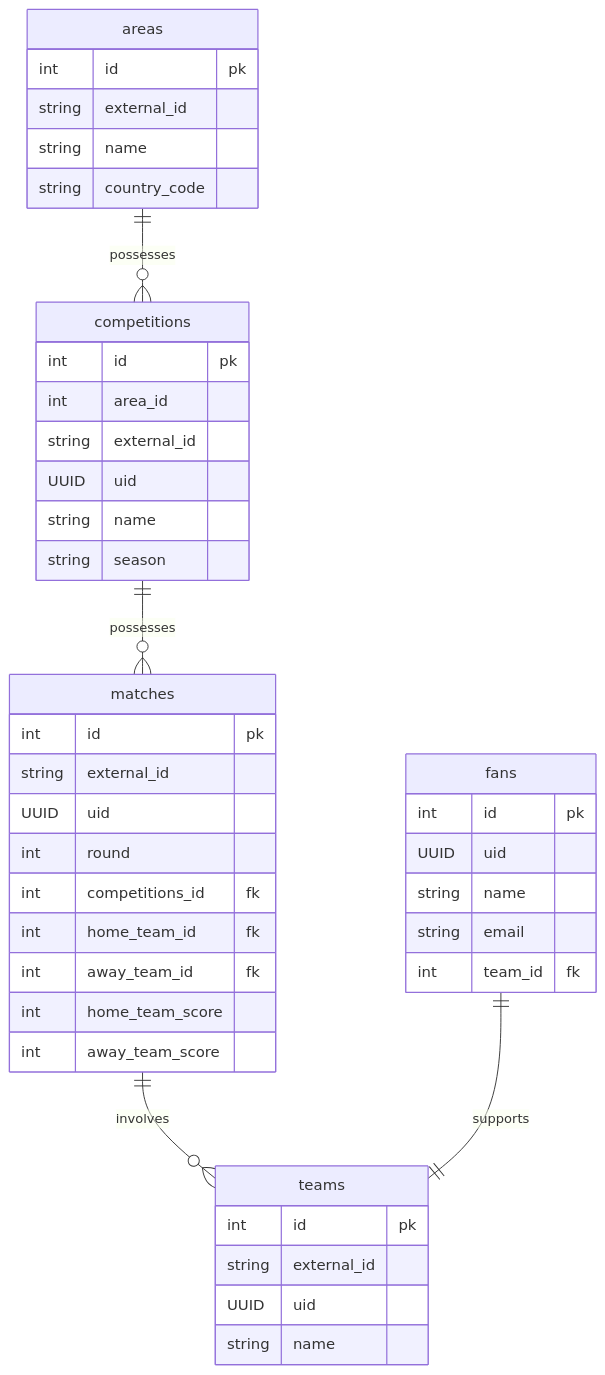
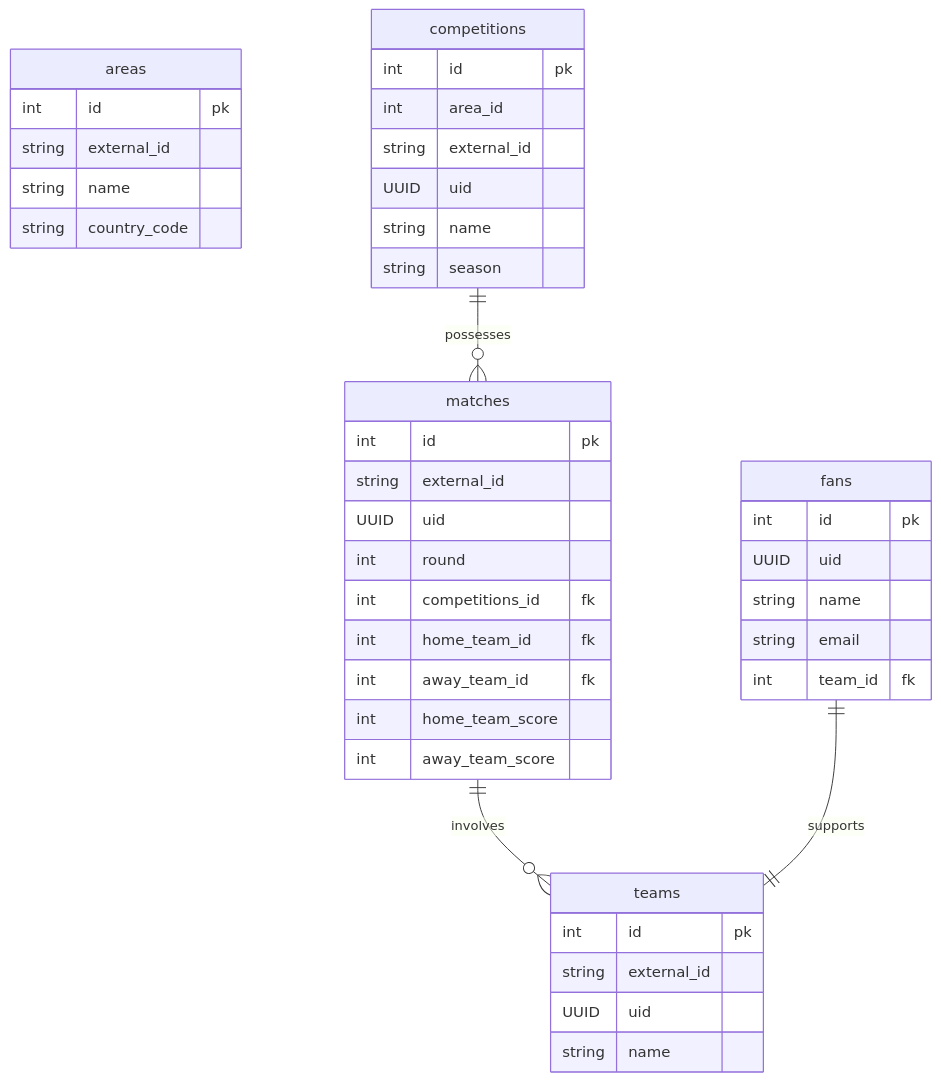
Before and after one commit to jtonynet/go-soccer-fan: the diagram in README.md, drawn with Mermaid. The commit also changed 9 other files, not shown here.

````diff
--- a/README.md
+++ b/README.md
@@ -144,49 +144,49 @@
 ```mermaid
 erDiagram
     areas {
         int id pk
         string external_id
         string name
         string country_code
     }
 
     competitions {
         int id pk
         int area_id
         string external_id
         UUID uid
         string name
         string season
     }
     
     matches {
         int id pk
         string external_id
         UUID uid
         int round
         int competitions_id fk
         int home_team_id fk
         int away_team_id fk
         int home_team_score
         int away_team_score
     }
 
     teams {
         int id pk
         string external_id
         UUID uid
         string name
     }
 
     fans {
         int id pk
         UUID uid
         string name
         string email
         int team_id fk
     }
-    areas ||--o{ competitions : possesses
+
     competitions ||--o{ matches : possesses
     matches ||--o{ teams : involves
     fans ||--|| teams : supports
 ```
````
